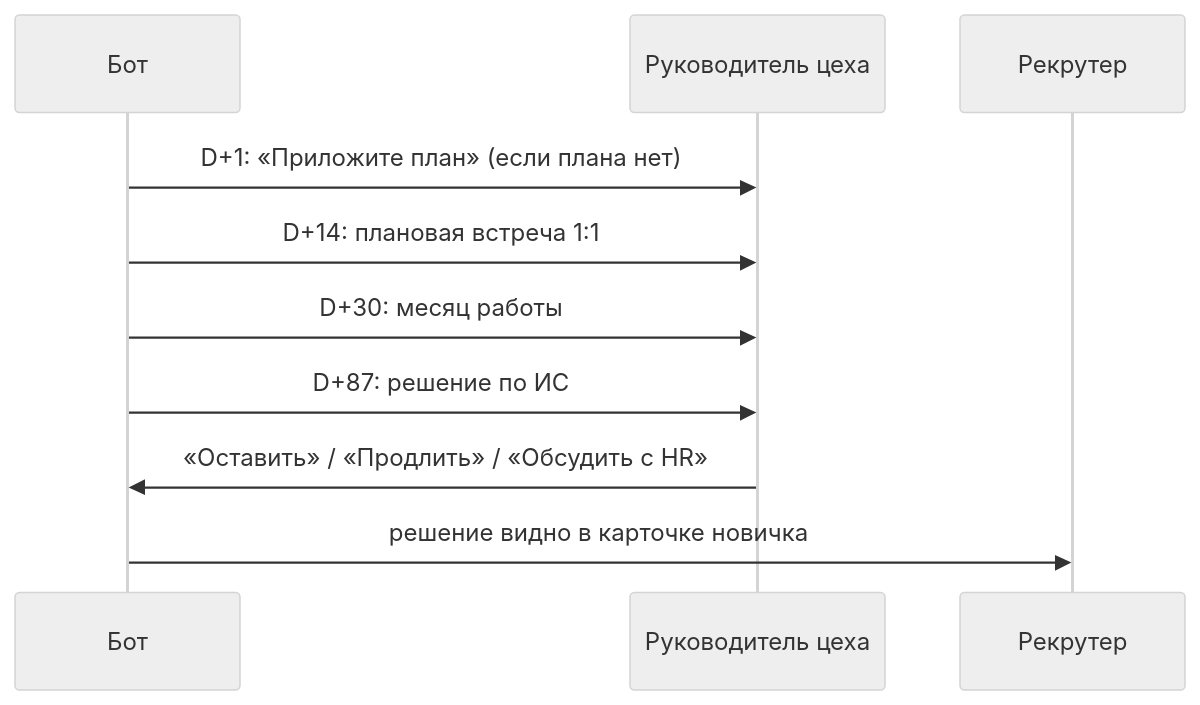
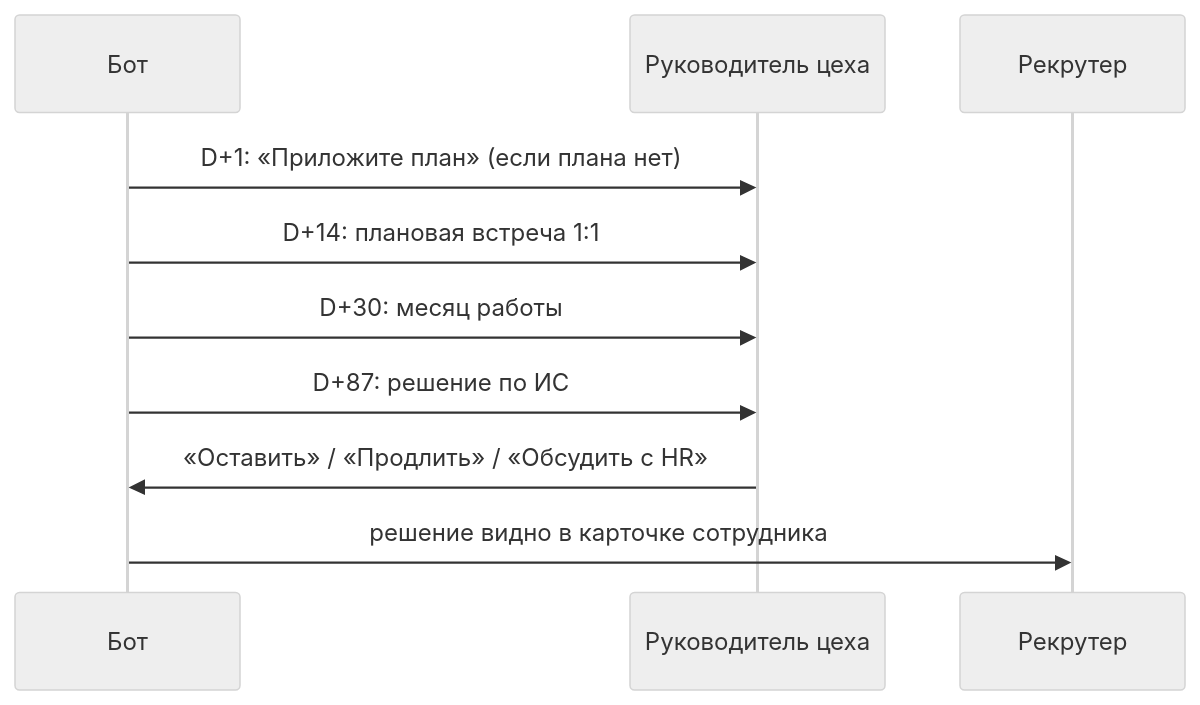
One commit to kunak-agency/polyplastic-bot changed the third of 3 diagrams in agency/system/Human/07-risk-and-escalation.md. Above: the diagram before and after it, drawn with Mermaid (neutral theme). The commit also changed other lines of this file and 99 other files, not shown here.

````diff
--- a/agency/system/Human/07-risk-and-escalation.md
+++ b/agency/system/Human/07-risk-and-escalation.md
@@ -224,12 +224,12 @@
 ```mermaid
 sequenceDiagram
     participant B as Бот
     participant M as Руководитель цеха
     participant R as Рекрутер
     B->>M: D+1: «Приложите план» (если плана нет)
     B->>M: D+14: плановая встреча 1:1
     B->>M: D+30: месяц работы
     B->>M: D+87: решение по ИС
     M->>B: «Оставить» / «Продлить» / «Обсудить с HR»
-    B->>R: решение видно в карточке новичка
+    B->>R: решение видно в карточке сотрудника
 ```
````
